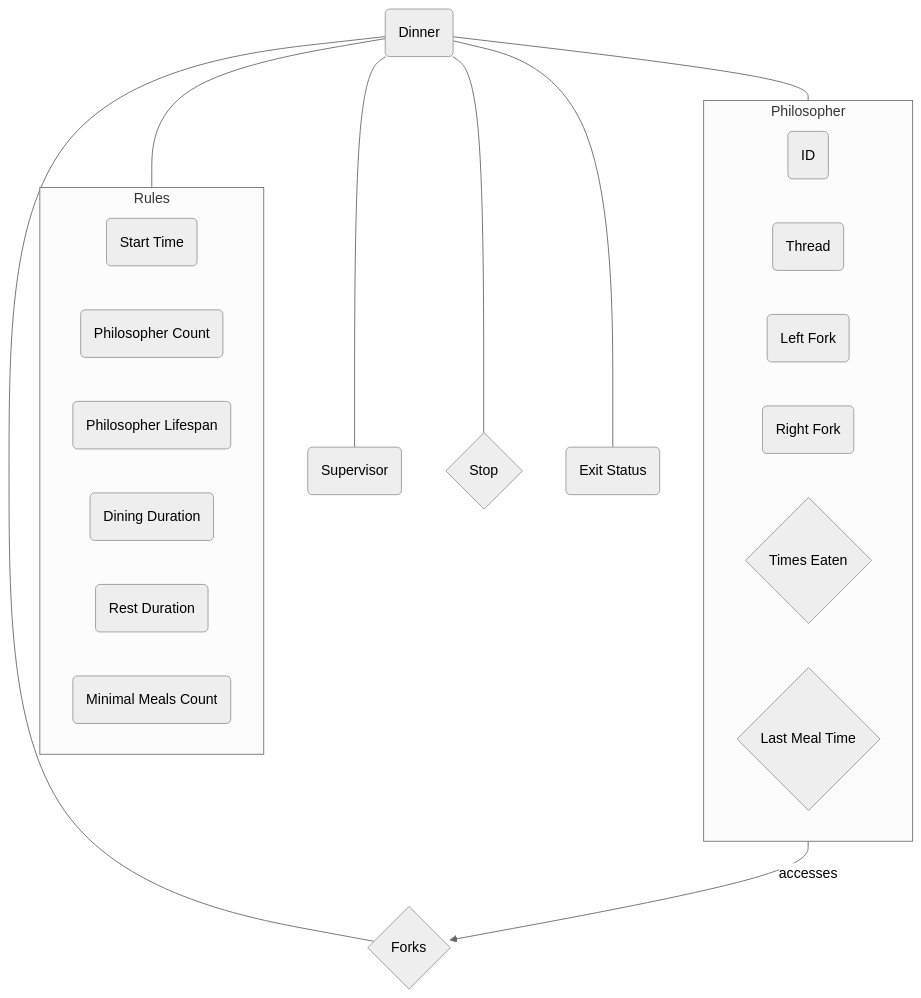
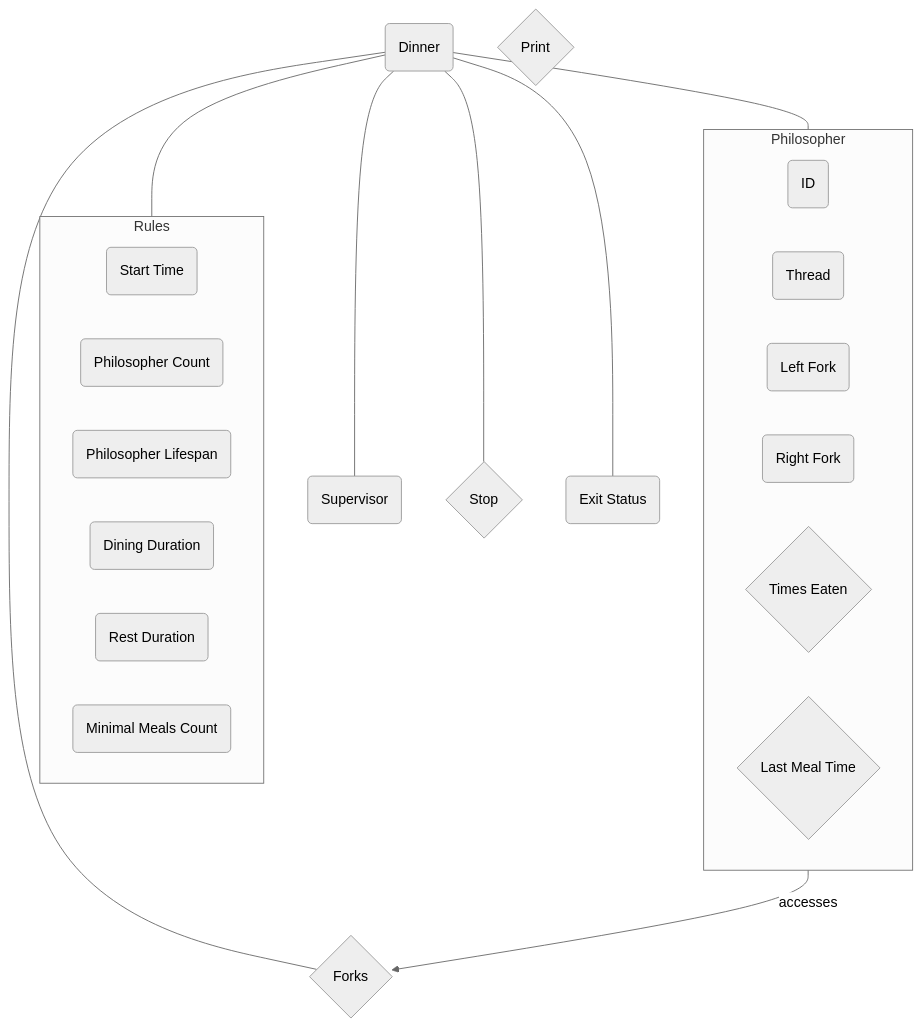
Before and after one commit to riceset/Philosophers: the diagram in README.md, drawn with Mermaid (neutral theme).

Commit message:
docs: Add print mutex

````diff
--- a/README.md
+++ b/README.md
@@ -16,38 +16,39 @@
 ```mermaid
 flowchart TB
     A("Dinner")
     B{"Forks"}
     C("Supervisor")
     D{"Stop"}
     E("Exit Status")
+    F{"Print"}
 
     A --- B
     A --- C
     A --- D
     A --- E
 
     subgraph Rules
 		R0("Start Time")
         R1("Philosopher Count")
         R2("Philosopher Lifespan")
         R3("Dining Duration")
         R4("Rest Duration")
         R5("Minimal Meals Count")
     end
 
     A --- Rules
 
     subgraph Philosopher
         D0("ID")
         D1("Thread")
         D2("Left Fork")
         D3("Right Fork")
         D4{"Times Eaten"}
         D5{"Last Meal Time"}
     end
 
     A --- Philosopher
 
     %% Clarifying relationships
     Philosopher -->|accesses| B
 ```
````
